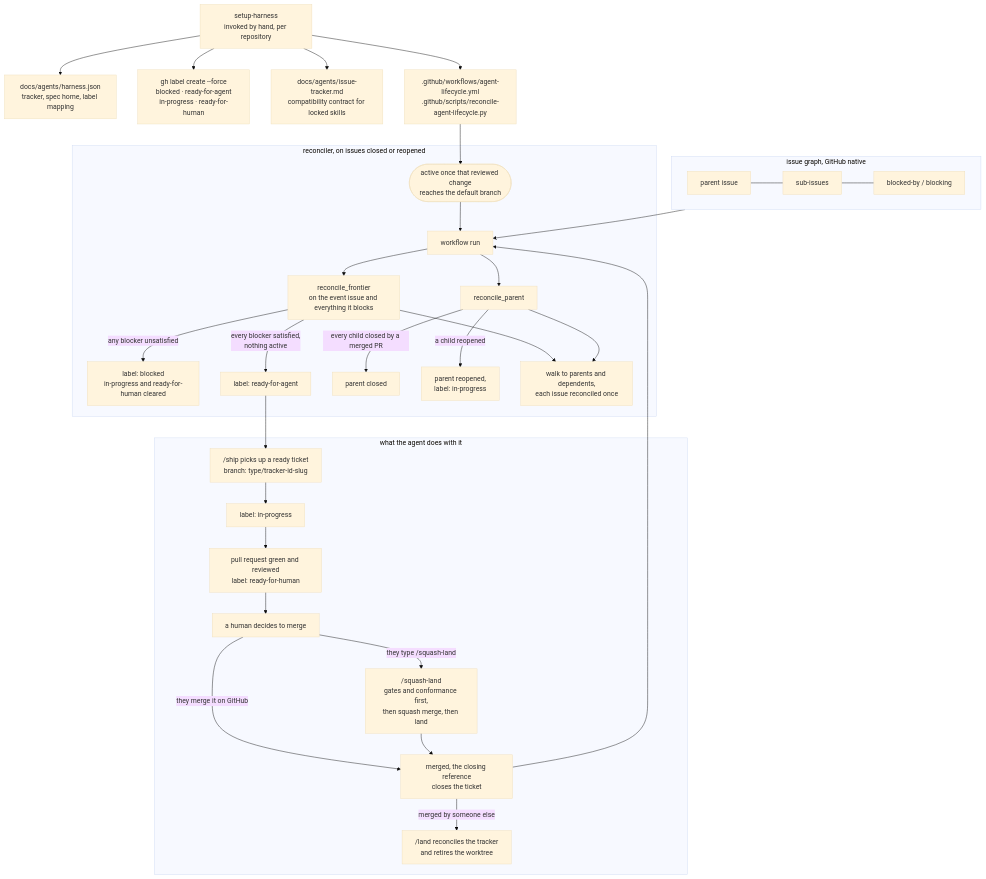
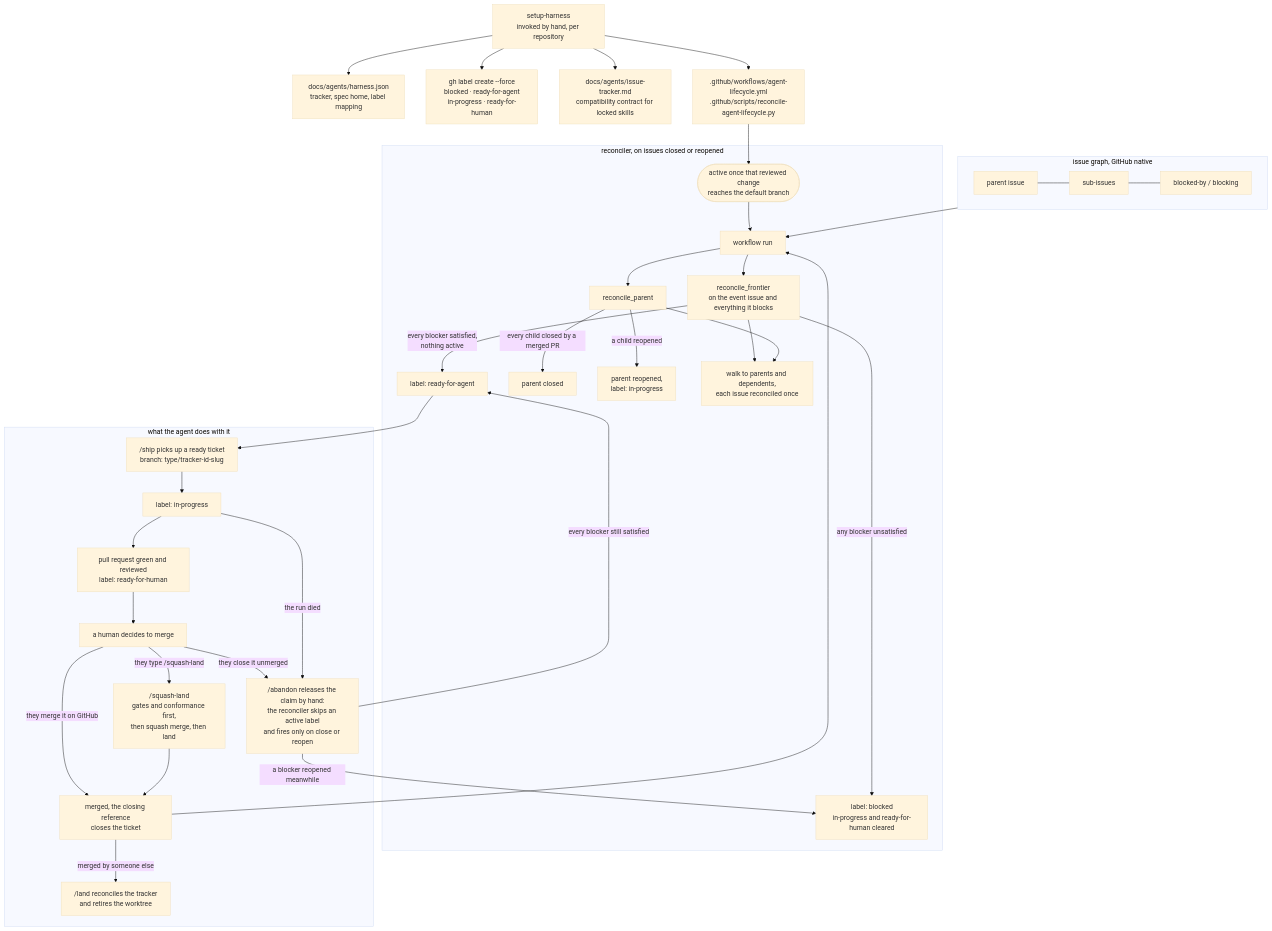
Before and after one commit to jvillegasd/harness: the second of 2 diagrams in harness/README.md, drawn with Mermaid (base theme). The commit also changed other lines of this file and 5 other files, not shown here.

````diff
--- a/harness/README.md
+++ b/harness/README.md
@@ -272,39 +275,43 @@
 ```mermaid
 flowchart TD
     setup["setup-harness<br>invoked by hand, per repository"] --> config["docs/agents/harness.json<br>tracker, spec home, label mapping"]
     setup --> labels["gh label create --force<br>blocked · ready-for-agent<br>in-progress · ready-for-human"]
     setup --> trackerdoc["docs/agents/issue-tracker.md<br>compatibility contract for locked skills"]
     setup --> files[".github/workflows/agent-lifecycle.yml<br>.github/scripts/reconcile-agent-lifecycle.py"]
     files --> active(["active once that reviewed change<br>reaches the default branch"])
 
     subgraph GRAPH["issue graph, GitHub native"]
         parent["parent issue"] --- children["sub-issues"]
         children --- deps["blocked-by / blocking"]
     end
 
     subgraph RUN["reconciler, on issues closed or reopened"]
         active --> trigger["workflow run"]
         trigger --> frontier["reconcile_frontier<br>on the event issue and everything it blocks"]
         frontier -->|any blocker unsatisfied| blocked["label: blocked<br>in-progress and ready-for-human cleared"]
         frontier -->|every blocker satisfied,<br>nothing active| ready["label: ready-for-agent"]
         trigger --> parentstate["reconcile_parent"]
         parentstate -->|every child closed by a merged PR| closeparent["parent closed"]
         parentstate -->|a child reopened| reopenparent["parent reopened,<br>label: in-progress"]
         frontier --> walk["walk to parents and dependents,<br>each issue reconciled once"]
         parentstate --> walk
     end
 
     GRAPH --> trigger
 
     subgraph AGENT["what the agent does with it"]
         ready --> ship["/ship picks up a ready ticket<br>branch: type/tracker-id-slug"]
         ship --> inprogress["label: in-progress"]
         inprogress --> prready["pull request green and reviewed<br>label: ready-for-human"]
         prready --> humanmerge["a human decides to merge"]
         humanmerge -->|they merge it on GitHub| merged["merged, the closing reference<br>closes the ticket"]
         humanmerge -->|they type /squash-land| squashland["/squash-land<br>gates and conformance first,<br>then squash merge, then land"]
         squashland --> merged
         merged --> trigger
         merged -->|merged by someone else| land["/land reconciles the tracker<br>and retires the worktree"]
+        humanmerge -->|they close it unmerged| abandonlabel["/abandon releases the claim by hand:<br>the reconciler skips an active label<br>and fires only on close or reopen"]
+        inprogress -->|the run died| abandonlabel
+        abandonlabel -->|every blocker still satisfied| ready
+        abandonlabel -->|a blocker reopened meanwhile| blocked
     end
 ```
````
